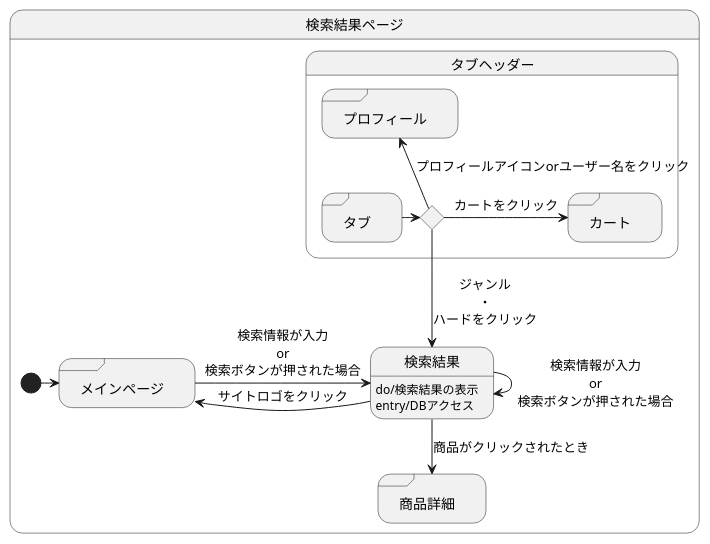
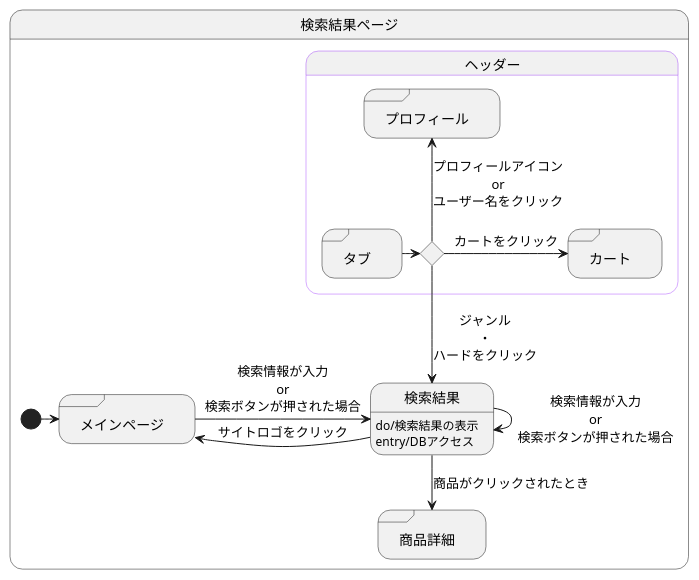
The diagram in 検索結果.md (akutori/T-D-E), drawn with PlantUML before and after one commit.

Commit message:
ヘッダーグループに色を追加

````diff
--- a/検索結果.md
+++ b/検索結果.md
@@ -1,33 +1,35 @@
 ```uml
 @startuml
 state 検索結果ページ{
 
 
     state 検索結果:do/検索結果の表示
     state 検索結果:entry/DBアクセス
     state "商品詳細" as goodsdetail <<sdlreceive>>
     state "メインページ" as mainpage <<sdlreceive>>
 
 
     [*] -> mainpage
     mainpage -> 検索結果 :検索情報が入力\nor\n検索ボタンが押された場合
     検索結果 --> goodsdetail :商品がクリックされたとき
     検索結果 --> 検索結果 :検索情報が入力\nor\n検索ボタンが押された場合
     検索結果 -left-> mainpage :サイトロゴをクリック
 
-    state タブヘッダー{
+    state ヘッダー<<headder>>{
         state ifinput <<choice>>
         state "タブ" as tab <<sdlreceive>>
         state "カート" as cart <<sdlreceive>>
         state "プロフィール" as profile <<sdlreceive>>
-        
+
         tab -> ifinput 
         ifinput --> 検索結果 :ジャンル\n・\nハードをクリック
         ifinput -> cart :カートをクリック
-        ifinput -up-> profile :プロフィールアイコンorユーザー名をクリック
+        ifinput -up-> profile :プロフィールアイコン\nor\nユーザー名をクリック
     }
+
+    skinparam statebordercolor<<headder>> #af59ff
 
 }
 
 @enduml
 ```
````
